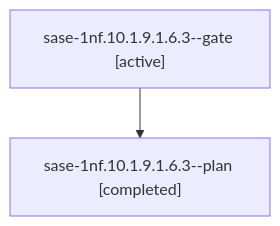
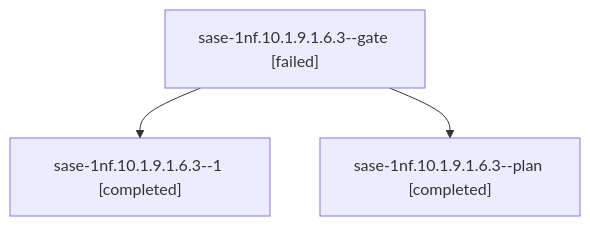
One commit to sase-org/sase--agents changed the diagram in sessions/bbugyi200.athena.sase-1nf.10.1.9.1.6.3.md. Above: the diagram before and after it, drawn with Mermaid. The commit also changed other lines of this file and 136 other files, not shown here.

````diff
--- a/sessions/bbugyi200.athena.sase-1nf.10.1.9.1.6.3.md
+++ b/sessions/bbugyi200.athena.sase-1nf.10.1.9.1.6.3.md
@@ -9,6 +9,8 @@
 ```mermaid
 flowchart TD
-  n0["sase-1nf.10.1.9.1.6.3--gate [active]"]
-  n1["sase-1nf.10.1.9.1.6.3--plan [completed]"]
+  n0["sase-1nf.10.1.9.1.6.3--gate [failed]"]
+  n1["sase-1nf.10.1.9.1.6.3--1 [completed]"]
   n0 --> n1
+  n2["sase-1nf.10.1.9.1.6.3--plan [completed]"]
+  n0 --> n2
 ```
````
